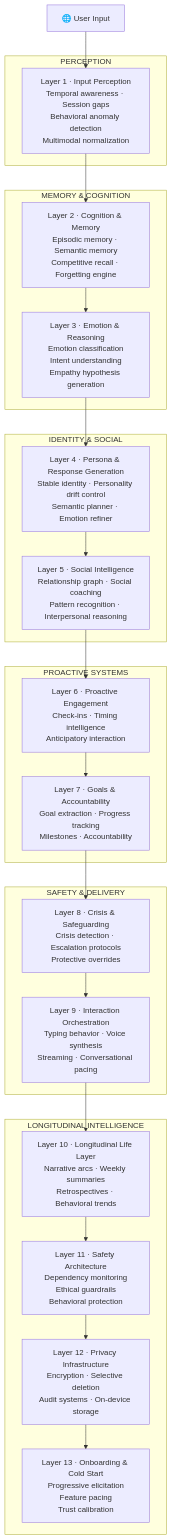
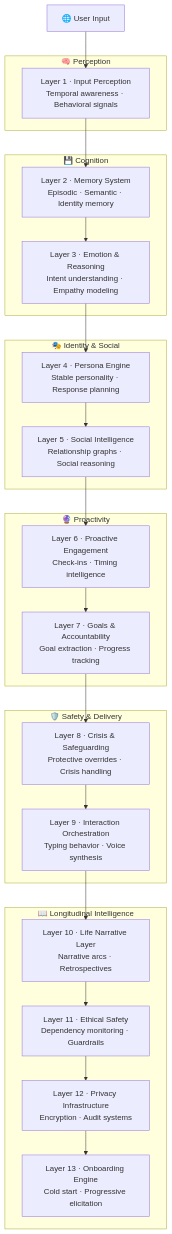
Before and after one commit to varunaditya27/nova-ai: the first of 2 diagrams in README.md, drawn with Mermaid. The commit also changed other lines of this file, not shown here.

````diff
--- a/README.md
+++ b/README.md
@@ -165,46 +109,38 @@
 ```mermaid
 flowchart TD
 
     U["🌐 User Input"] --> L1
 
-    subgraph P1 ["PERCEPTION"]
-        L1["Layer 1 · Input Perception\nTemporal awareness · Session gaps\nBehavioral anomaly detection\nMultimodal normalization"]
+    subgraph P1 ["🧠 Perception"]
+        L1["Layer 1 · Input Perception\nTemporal awareness · Behavioral signals"]
     end
 
-    subgraph P2 ["MEMORY & COGNITION"]
-        L2["Layer 2 · Cognition & Memory\nEpisodic memory · Semantic memory\nCompetitive recall · Forgetting engine"]
-
-        L3["Layer 3 · Emotion & Reasoning\nEmotion classification\nIntent understanding\nEmpathy hypothesis generation"]
+    subgraph P2 ["💾 Cognition"]
+        L2["Layer 2 · Memory System\nEpisodic · Semantic · Identity memory"]
+        L3["Layer 3 · Emotion & Reasoning\nIntent understanding · Empathy modeling"]
     end
 
-    subgraph P3 ["IDENTITY & SOCIAL"]
-        L4["Layer 4 · Persona & Response Generation\nStable identity · Personality drift control\nSemantic planner · Emotion refiner"]
-
-        L5["Layer 5 · Social Intelligence\nRelationship graph · Social coaching\nPattern recognition · Interpersonal reasoning"]
+    subgraph P3 ["🎭 Identity & Social"]
+        L4["Layer 4 · Persona Engine\nStable personality · Response planning"]
+        L5["Layer 5 · Social Intelligence\nRelationship graphs · Social reasoning"]
     end
 
-    subgraph P4 ["PROACTIVE SYSTEMS"]
-        L6["Layer 6 · Proactive Engagement\nCheck-ins · Timing intelligence\nAnticipatory interaction"]
-
-        L7["Layer 7 · Goals & Accountability\nGoal extraction · Progress tracking\nMilestones · Accountability"]
+    subgraph P4 ["🔮 Proactivity"]
+        L6["Layer 6 · Proactive Engagement\nCheck-ins · Timing intelligence"]
+        L7["Layer 7 · Goals & Accountability\nGoal extraction · Progress tracking"]
     end
 
-    subgraph P5 ["SAFETY & DELIVERY"]
-        L8["Layer 8 · Crisis & Safeguarding\nCrisis detection · Escalation protocols\nProtective overrides"]
-
-        L9["Layer 9 · Interaction Orchestration\nTyping behavior · Voice synthesis\nStreaming · Conversational pacing"]
+    subgraph P5 ["🛡️ Safety & Delivery"]
+        L8["Layer 8 · Crisis & Safeguarding\nProtective overrides · Crisis handling"]
+        L9["Layer 9 · Interaction Orchestration\nTyping behavior · Voice synthesis"]
     end
 
-    subgraph P6 ["LONGITUDINAL INTELLIGENCE"]
-        L10["Layer 10 · Longitudinal Life Layer\nNarrative arcs · Weekly summaries\nRetrospectives · Behavioral trends"]
-
-        L11["Layer 11 · Safety Architecture\nDependency monitoring\nEthical guardrails\nBehavioral protection"]
-
-        L12["Layer 12 · Privacy Infrastructure\nEncryption · Selective deletion\nAudit systems · On-device storage"]
-
-        L13["Layer 13 · Onboarding & Cold Start\nProgressive elicitation\nFeature pacing\nTrust calibration"]
+    subgraph P6 ["📖 Longitudinal Intelligence"]
+        L10["Layer 10 · Life Narrative Layer\nNarrative arcs · Retrospectives"]
+        L11["Layer 11 · Ethical Safety\nDependency monitoring · Guardrails"]
+        L12["Layer 12 · Privacy Infrastructure\nEncryption · Audit systems"]
+        L13["Layer 13 · Onboarding Engine\nCold start · Progressive elicitation"]
     end
 
-    L1 --> L2 --> L3 --> L4 --> L5 --> L6 --> L7 --> L8 --> L9 --> L10
-    L10 --> L11 --> L12 --> L13
+    L1 --> L2 --> L3 --> L4 --> L5 --> L6 --> L7 --> L8 --> L9 --> L10 --> L11 --> L12 --> L13
 ```
````
